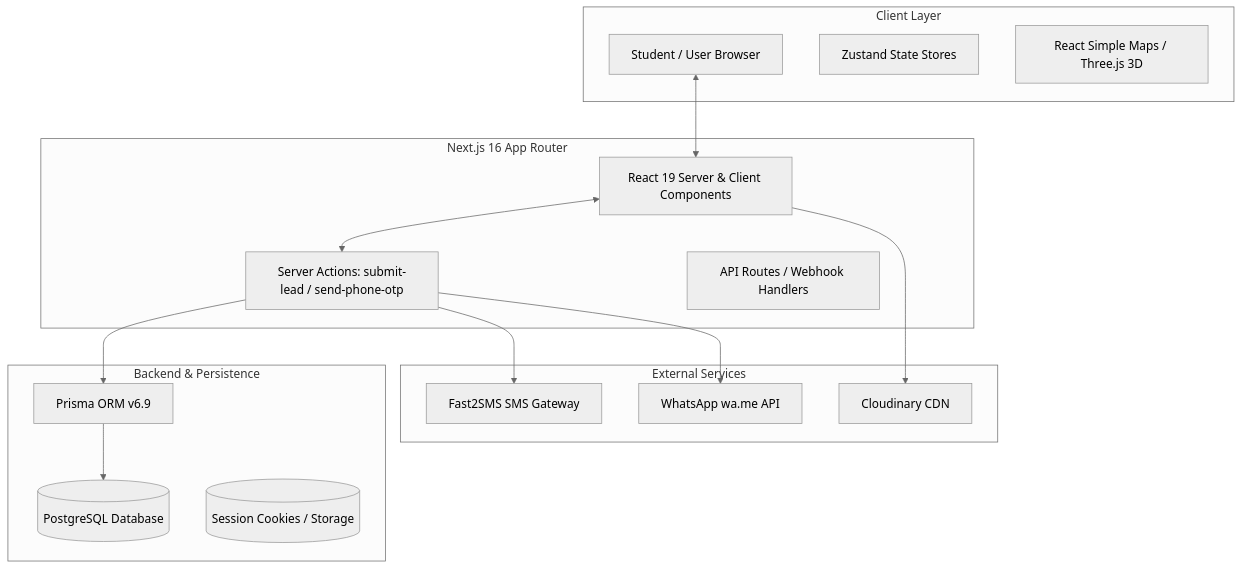
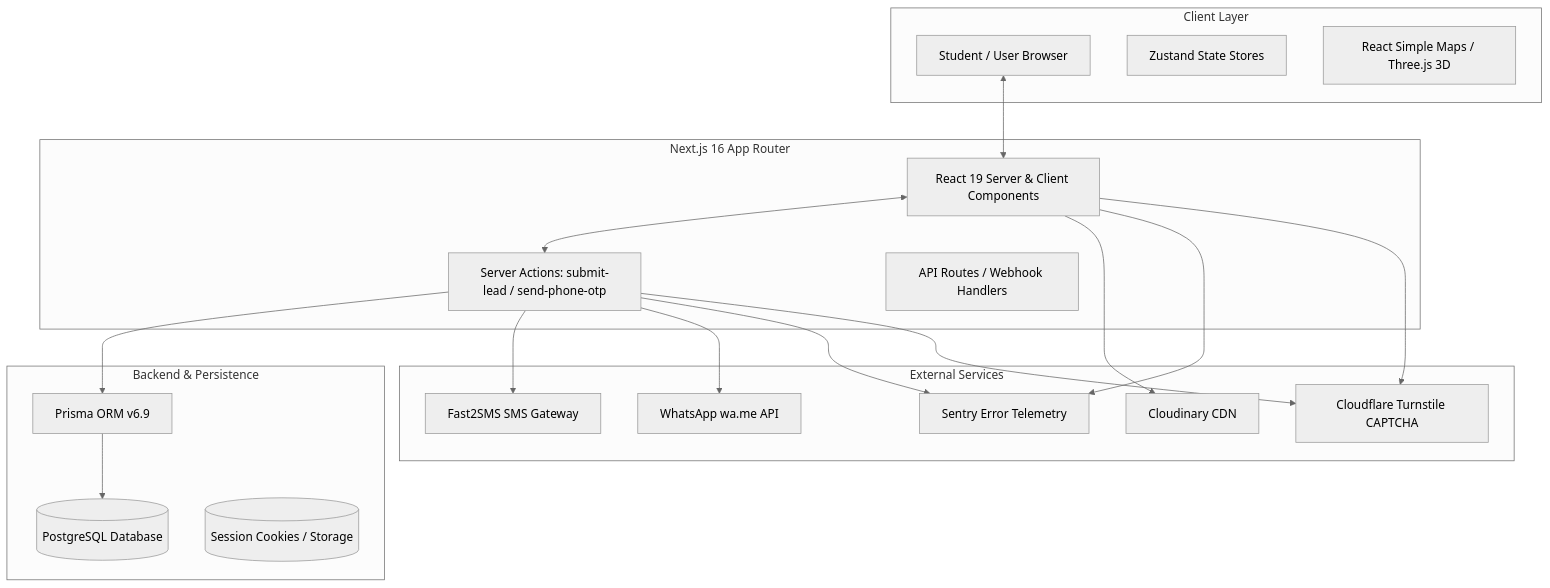
Before and after one commit to isha-mistry/neet-ug: the first of 5 diagrams in docs/PROJECT_FLOW.md, drawn with Mermaid (neutral theme). The commit also changed other lines of this file and 24 other files, not shown here.

First line of the commit message:
feat(captcha): integrate Cloudflare Turnstile for enhanced bot protection

````diff
--- a/docs/PROJECT_FLOW.md
+++ b/docs/PROJECT_FLOW.md
@@ -38,33 +39,39 @@
 ```mermaid
 graph TD
     subgraph Client Layer
         Browser[Student / User Browser]
         Zustand[Zustand State Stores]
         Maps[React Simple Maps / Three.js 3D]
     end
 
     subgraph Next.js 16 App Router
         Pages[React 19 Server & Client Components]
         Actions[Server Actions: submit-lead / send-phone-otp]
         APIs[API Routes / Webhook Handlers]
     end
 
     subgraph Backend & Persistence
         Prisma[Prisma ORM v6.9]
         PG[(PostgreSQL Database)]
         Redis[(Session Cookies / Storage)]
     end
 
     subgraph External Services
         Fast2SMS[Fast2SMS SMS Gateway]
         WA[WhatsApp wa.me API]
         CDN[Cloudinary CDN]
+        Sentry[Sentry Error Telemetry]
+        Turnstile[Cloudflare Turnstile CAPTCHA]
     end
 
     Browser <--> Pages
     Pages <--> Actions
     Actions --> Prisma --> PG
     Actions --> Fast2SMS
     Actions --> WA
+    Actions --> Sentry
+    Actions --> Turnstile
     Pages --> CDN
+    Pages --> Sentry
+    Pages --> Turnstile
 ```
````
